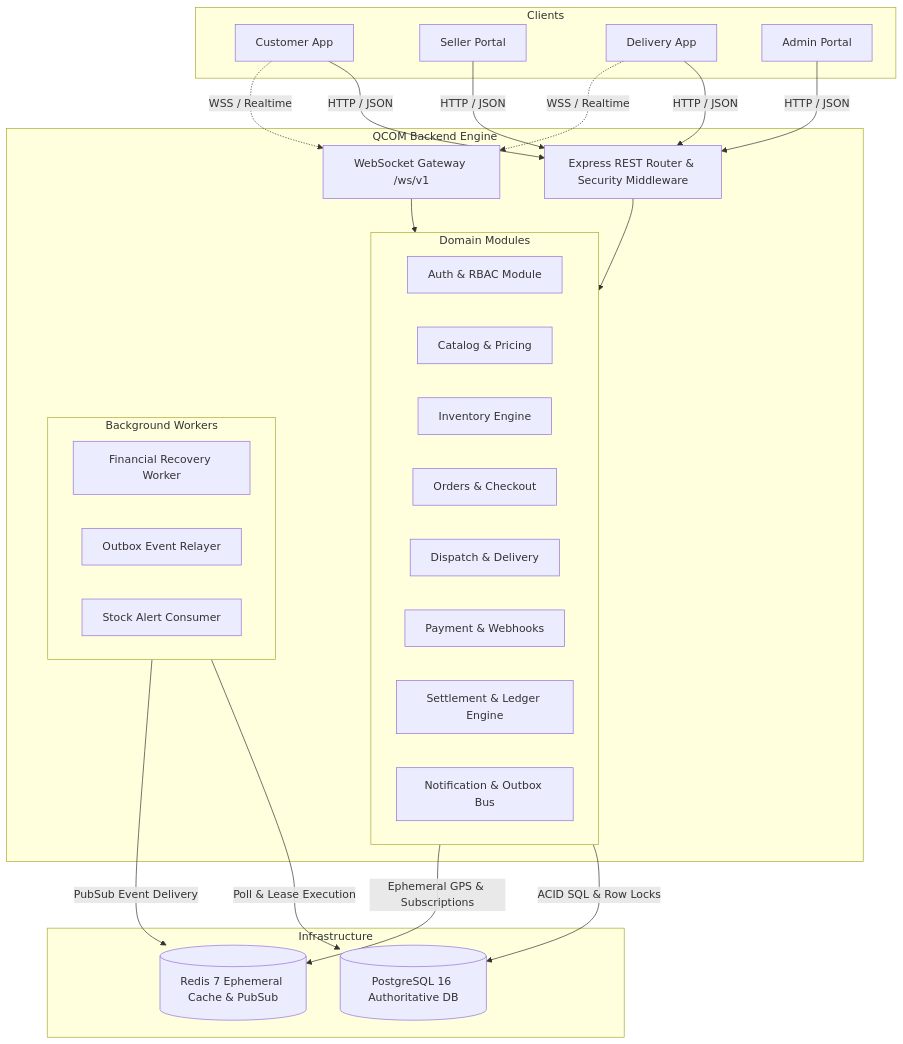
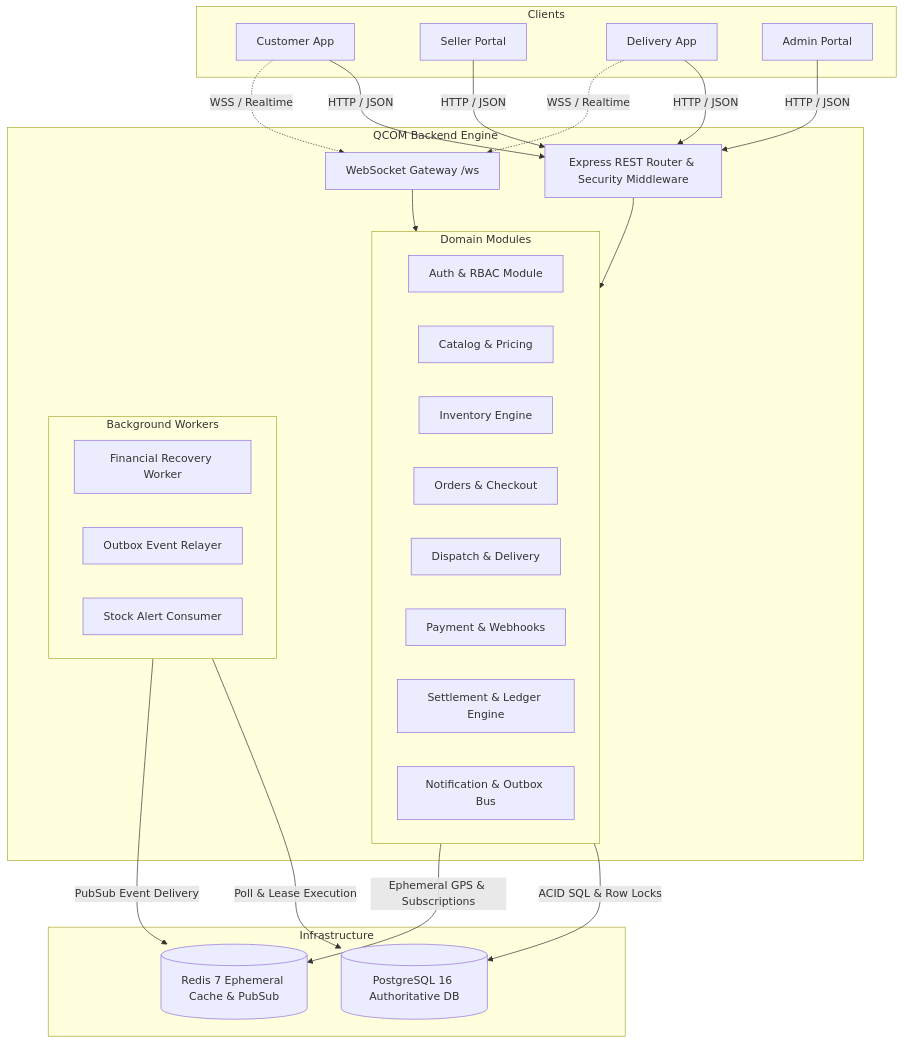
The diagram in QCOM/backend/ARCHITECTURE.md (theRawHawn/Q-Com-Backend), drawn with Mermaid before and after one commit. The commit also changed other lines of this file and 47 other files, not shown here.

````diff
--- a/QCOM/backend/ARCHITECTURE.md
+++ b/QCOM/backend/ARCHITECTURE.md
@@ -13,52 +13,52 @@
 ```mermaid
 graph TD
     subgraph Clients
         CA[Customer App]
         SP[Seller Portal]
         DA[Delivery App]
         AP[Admin Portal]
     end
 
     subgraph QCOM_Backend_Modular_Monolith [QCOM Backend Engine]
         API_GW[Express REST Router & Security Middleware]
-        WS_GW[WebSocket Gateway /ws/v1]
+        WS_GW[WebSocket Gateway /ws]
         
         subgraph Domain_Modules [Domain Modules]
             AUTH[Auth & RBAC Module]
             CAT[Catalog & Pricing]
             INV[Inventory Engine]
             ORD[Orders & Checkout]
             DISP[Dispatch & Delivery]
             PAY[Payment & Webhooks]
             SETT[Settlement & Ledger Engine]
             NOTIF[Notification & Outbox Bus]
         end
 
         subgraph Background_Workers [Background Workers]
             REC_W[Financial Recovery Worker]
             OUT_W[Outbox Event Relayer]
             STK_W[Stock Alert Consumer]
         end
     end
 
     subgraph Infrastructure
         PG[(PostgreSQL 16 Authoritative DB)]
         RD[(Redis 7 Ephemeral Cache & PubSub)]
     end
 
     CA -->|HTTP / JSON| API_GW
     SP -->|HTTP / JSON| API_GW
     DA -->|HTTP / JSON| API_GW
     AP -->|HTTP / JSON| API_GW
 
     CA -.->|WSS / Realtime| WS_GW
     DA -.->|WSS / Realtime| WS_GW
 
     API_GW --> Domain_Modules
     WS_GW --> Domain_Modules
 
     Domain_Modules -->|ACID SQL & Row Locks| PG
     Domain_Modules -->|Ephemeral GPS & Subscriptions| RD
     Background_Workers -->|Poll & Lease Execution| PG
     Background_Workers -->|PubSub Event Delivery| RD
 ```
````
